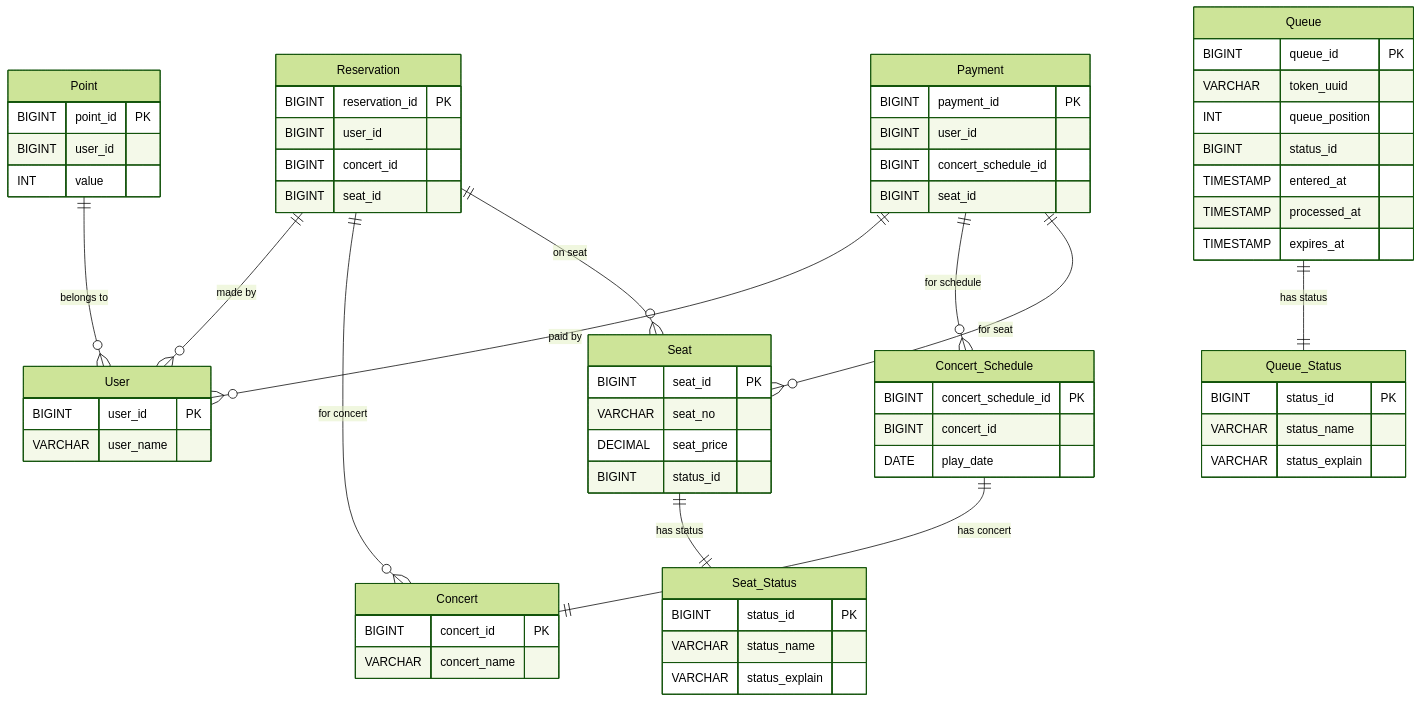
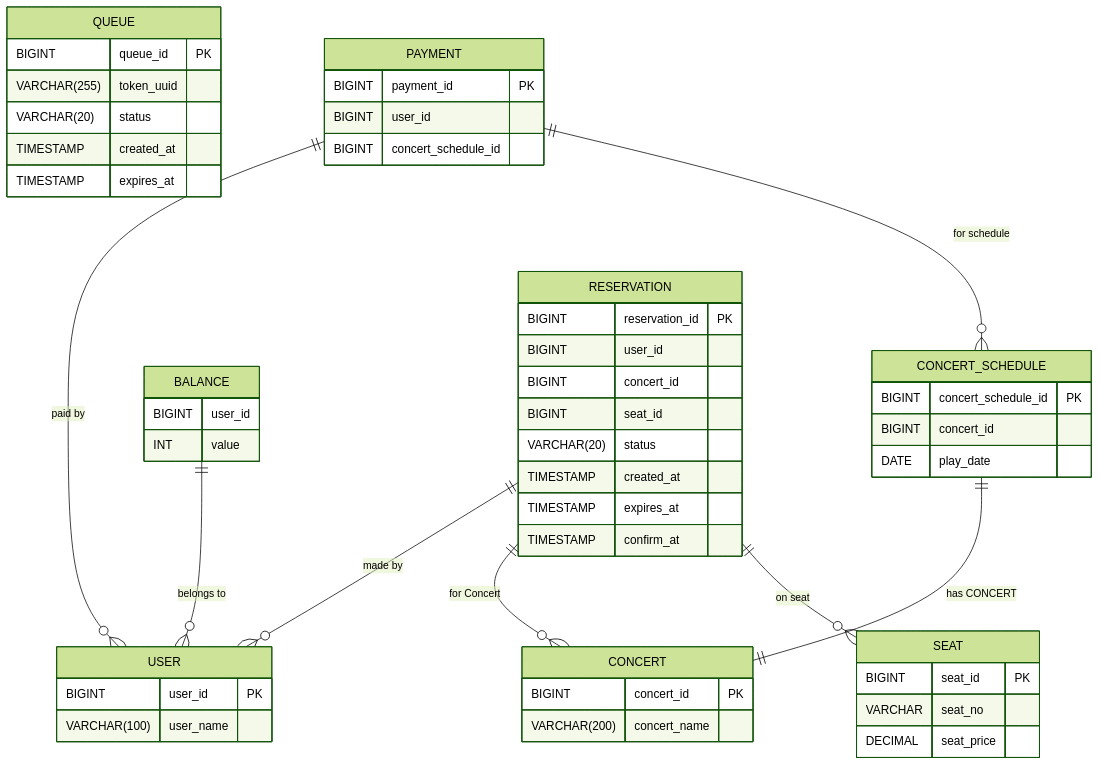
One commit to kimseonkyoung/hhplus-concert-reservation changed the diagram in .docs/06_ERD_Design.md. Above: the diagram before and after it, drawn with Mermaid (forest theme). The commit also changed other lines of this file and 5 other files, not shown here.

````diff
--- a/.docs/06_ERD_Design.md
+++ b/.docs/06_ERD_Design.md
@@ -1,81 +1,66 @@
 ```mermaid
 erDiagram
-    User {
+    USER {
         BIGINT user_id PK
-        VARCHAR user_name
+        VARCHAR(100) user_name
     }
 
-    Concert {
+    CONCERT {
         BIGINT concert_id PK
-        VARCHAR concert_name
+        VARCHAR(200) concert_name
     }
 
-    Concert_Schedule {
+    CONCERT_SCHEDULE {
         BIGINT concert_schedule_id PK
         BIGINT concert_id
         DATE play_date
     }
 
-    Seat_Status {
-        BIGINT status_id PK
-        VARCHAR status_name
-        VARCHAR status_explain
-    }
-
-    Seat {
+    SEAT {
         BIGINT seat_id PK
         VARCHAR seat_no
         DECIMAL seat_price
-        BIGINT status_id
     }
 
-    Queue_Status {
-        BIGINT status_id PK
-        VARCHAR status_name
-        VARCHAR status_explain
-    }
-
-    Queue {
+    QUEUE {
         BIGINT queue_id PK
-        VARCHAR token_uuid
-        INT queue_position
-        BIGINT status_id
-        TIMESTAMP entered_at
-        TIMESTAMP processed_at
+        VARCHAR(255) token_uuid
+        VARCHAR(20) status
+        TIMESTAMP created_at
         TIMESTAMP expires_at
     }
 
-    Point {
-        BIGINT point_id PK
+    BALANCE {
         BIGINT user_id
         INT value
     }
 
-    Reservation {
+    RESERVATION {
         BIGINT reservation_id PK
         BIGINT user_id
         BIGINT concert_id
         BIGINT seat_id
+        VARCHAR(20) status
+        TIMESTAMP created_at
+        TIMESTAMP expires_at
+        TIMESTAMP confirm_at
     }
 
-    Payment {
+    PAYMENT {
         BIGINT payment_id PK
         BIGINT user_id
         BIGINT concert_schedule_id
-        BIGINT seat_id
     }
 
+
     %% Relationships
-    Concert_Schedule ||--|| Concert : "has concert"
-    Seat ||--|| Seat_Status : "has status"
-    Queue ||--|| Queue_Status : "has status"
-    Point ||--o{ User : "belongs to"
-    Reservation ||--o{ User : "made by"
-    Reservation ||--o{ Concert : "for concert"
-    Reservation ||--o{ Seat : "on seat"
-    Payment ||--o{ User : "paid by"
-    Payment ||--o{ Concert_Schedule : "for schedule"
-    Payment ||--o{ Seat : "for seat"
+    CONCERT_SCHEDULE ||--|| CONCERT : "has CONCERT"
+    BALANCE ||--o{ USER : "belongs to"
+    RESERVATION ||--o{ USER : "made by"
+    RESERVATION ||--o{ CONCERT : "for Concert"
+    RESERVATION ||--o{ SEAT : "on seat"
+    PAYMENT ||--o{ USER : "paid by"
+    PAYMENT ||--o{ CONCERT_SCHEDULE : "for schedule"
 
 
 ```
````
